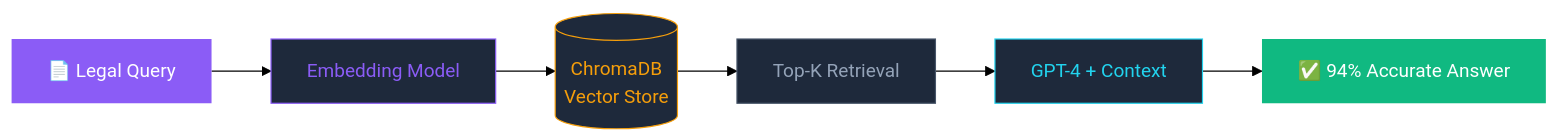
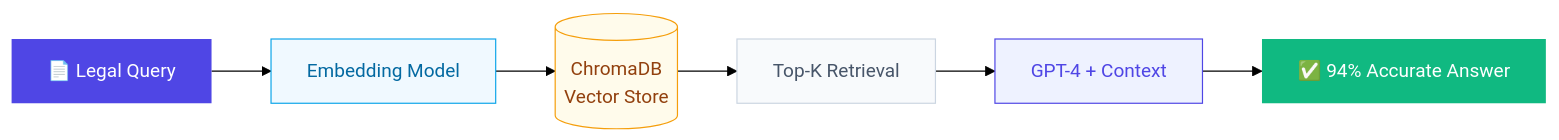
The sixth of 10 diagrams in README.md (Hamza-Kahloon786/Hamza-Kahloon786), drawn with Mermaid (forest theme) before and after one commit. The commit also changed other lines of this file, not shown here.

````diff
--- a/README.md
+++ b/README.md
@@ -181,14 +181,14 @@
 ```mermaid
 flowchart LR
     Q[📄 Legal Query] --> E[Embedding Model]
     E --> V[(ChromaDB\nVector Store)]
     V --> R[Top-K Retrieval]
     R --> G[GPT-4 + Context]
     G --> A[✅ 94% Accurate Answer]
-    style Q fill:#8B5CF6,color:#fff,stroke:none
+    style Q fill:#4F46E5,color:#fff,stroke:none
     style A fill:#10B981,color:#fff,stroke:none
-    style G fill:#1E293B,color:#22D3EE,stroke:#22D3EE
-    style V fill:#1E293B,color:#F59E0B,stroke:#F59E0B
-    style E fill:#1E293B,color:#8B5CF6,stroke:#8B5CF6
-    style R fill:#1E293B,color:#94A3B8,stroke:#475569
+    style G fill:#EEF2FF,color:#4F46E5,stroke:#4F46E5
+    style V fill:#FFFBEB,color:#92400E,stroke:#F59E0B
+    style E fill:#F0F9FF,color:#0369A1,stroke:#0EA5E9
+    style R fill:#F8FAFC,color:#475569,stroke:#CBD5E1
 ```
````
